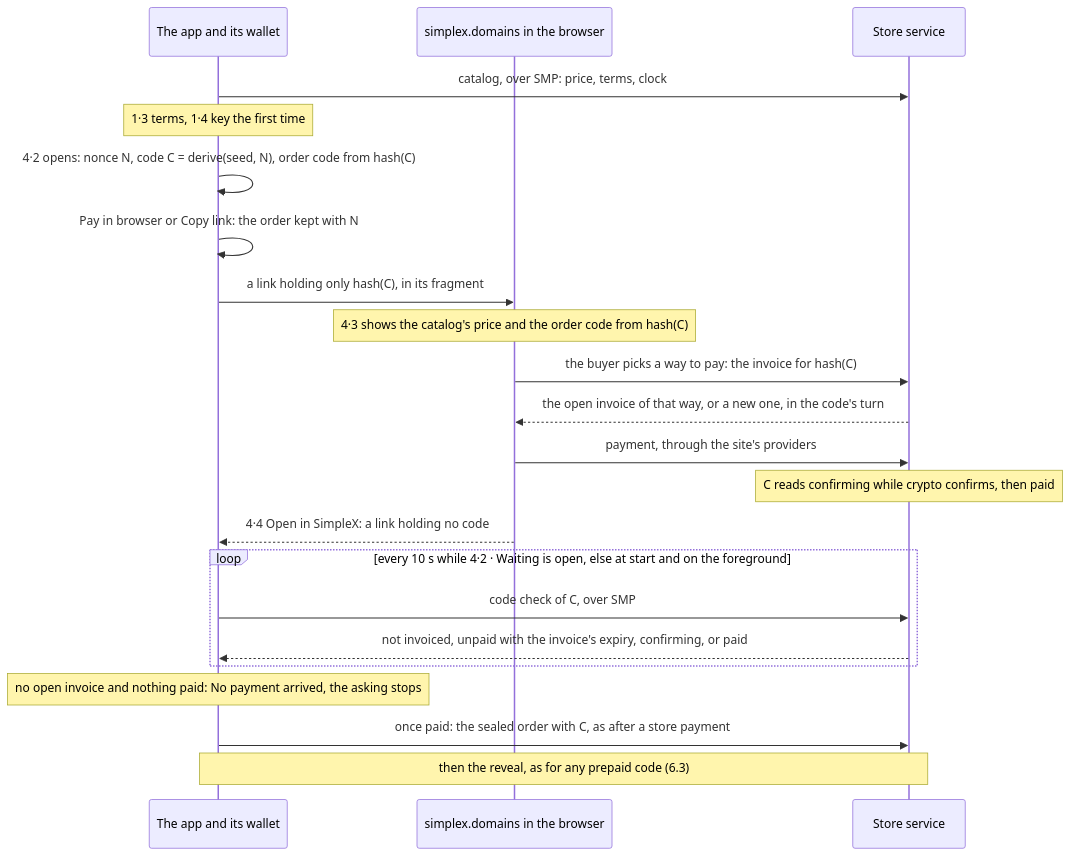
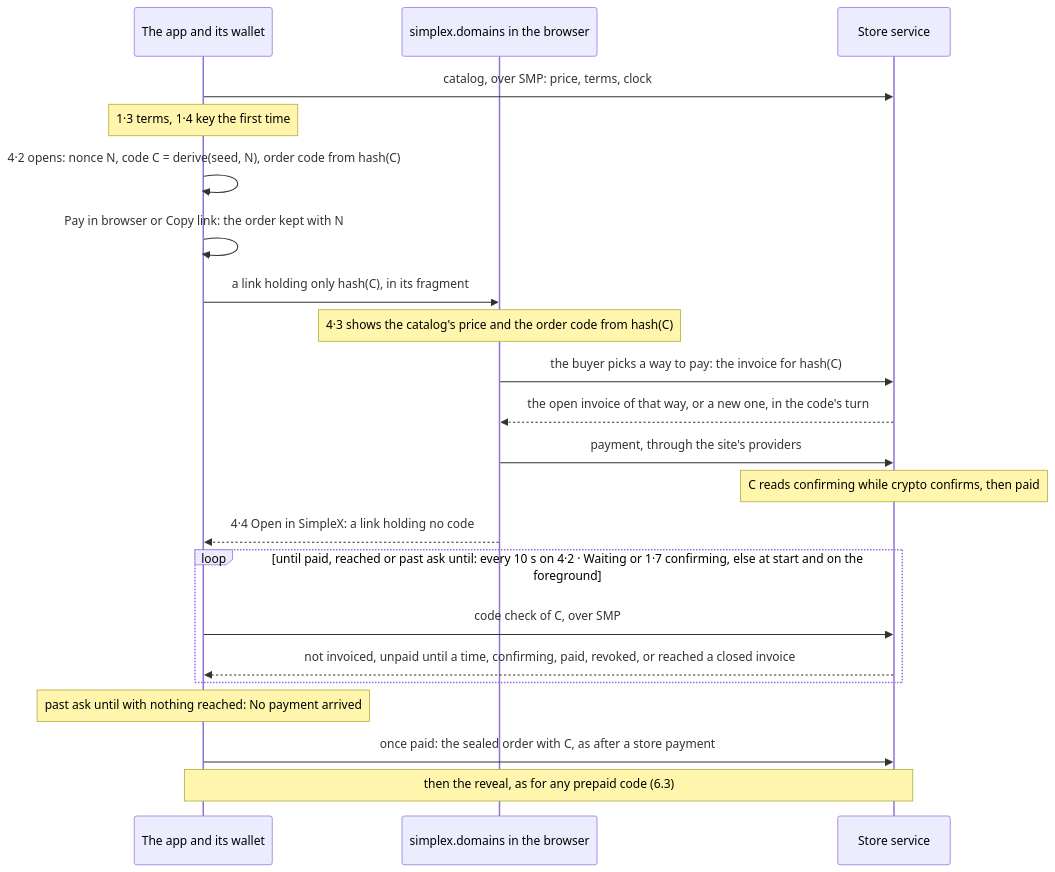
Before and after one commit to simplex-chat/simplex-chat: the third of 4 diagrams in plans/2026-10-30-names-in-app-purchases.md, drawn with Mermaid. The commit also changed other lines of this file, not shown here.

Commit message:
docs: names plan ends a browser order's waiting and refunds extra money

````diff
--- a/plans/2026-10-30-names-in-app-purchases.md
+++ b/plans/2026-10-30-names-in-app-purchases.md
@@ -718,24 +723,24 @@
 ```mermaid
 sequenceDiagram
   participant App as The app and its wallet
   participant Page as simplex.domains in the browser
   participant Svc as Store service
   App->>Svc: catalog, over SMP: price, terms, clock
   Note over App: 1·3 terms, 1·4 key the first time
   App->>App: 4·2 opens: nonce N, code C = derive(seed, N), order code from hash(C)
   App->>App: Pay in browser or Copy link: the order kept with N
   App->>Page: a link holding only hash(C), in its fragment
   Note over Page: 4·3 shows the catalog's price and the order code from hash(C)
   Page->>Svc: the buyer picks a way to pay: the invoice for hash(C)
   Svc-->>Page: the open invoice of that way, or a new one, in the code's turn
   Page->>Svc: payment, through the site's providers
   Note over Svc: C reads confirming while crypto confirms, then paid
   Page-->>App: 4·4 Open in SimpleX: a link holding no code
-  loop every 10 s while 4·2 · Waiting is open, else at start and on the foreground
+  loop until paid, reached or past ask until: every 10 s on 4·2 · Waiting or 1·7 confirming, else at start and on the foreground
     App->>Svc: code check of C, over SMP
-    Svc-->>App: not invoiced, unpaid with the invoice's expiry, confirming, or paid
+    Svc-->>App: not invoiced, unpaid until a time, confirming, paid, revoked, or reached a closed invoice
   end
-  Note over App: no open invoice and nothing paid: No payment arrived, the asking stops
+  Note over App: past ask until with nothing reached: No payment arrived
   App->>Svc: once paid: the sealed order with C, as after a store payment
   Note over App,Svc: then the reveal, as for any prepaid code (6.3)
 ```
````
